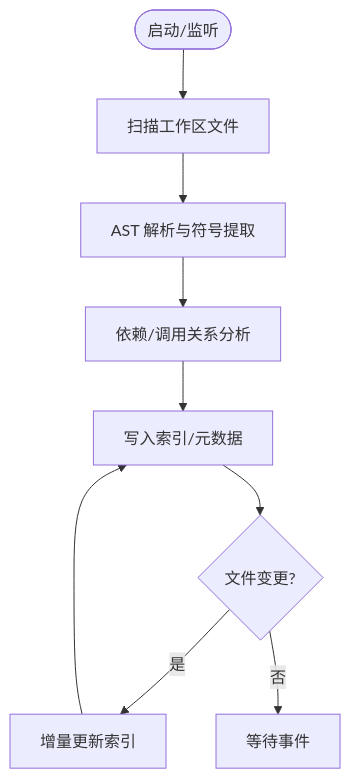
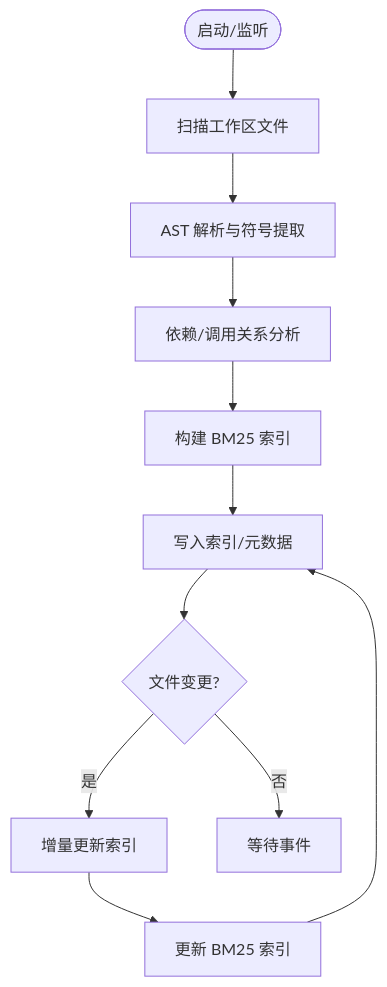
Before and after one commit to sofate798/KodrixCode: the third of 9 diagrams in .qoder/repowiki/zh/content/架构设计/代码库智能架构/代码库智能架构.md, drawn with Mermaid. The commit also changed other lines of this file and 4 other files, not shown here.

````diff
--- a/.qoder/repowiki/zh/content/架构设计/代码库智能架构/代码库智能架构.md
+++ b/.qoder/repowiki/zh/content/架构设计/代码库智能架构/代码库智能架构.md
@@ -148,11 +152,13 @@
 ```mermaid
 flowchart TD
 Start(["启动/监听"]) --> Scan["扫描工作区文件"]
 Scan --> Parse["AST 解析与符号提取"]
 Parse --> Deps["依赖/调用关系分析"]
-Deps --> Persist["写入索引/元数据"]
+Deps --> BM25Build["构建 BM25 索引"]
+BM25Build --> Persist["写入索引/元数据"]
 Persist --> Watch{"文件变更?"}
 Watch --> |是| Incremental["增量更新索引"]
 Watch --> |否| Idle["等待事件"]
-Incremental --> Persist
+Incremental --> BM25Update["更新 BM25 索引"]
+BM25Update --> Persist
 ```
````
